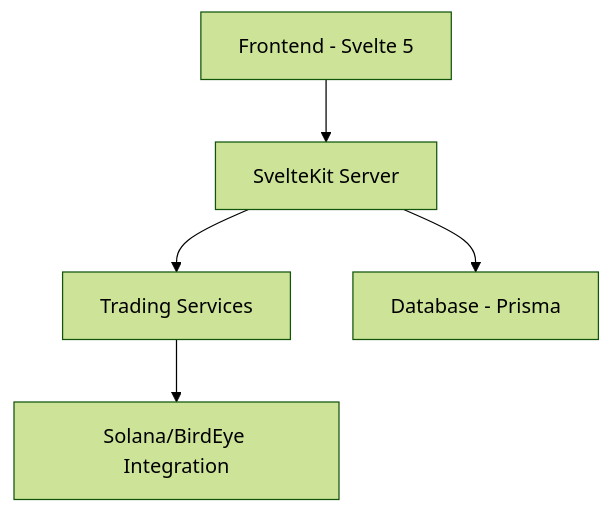
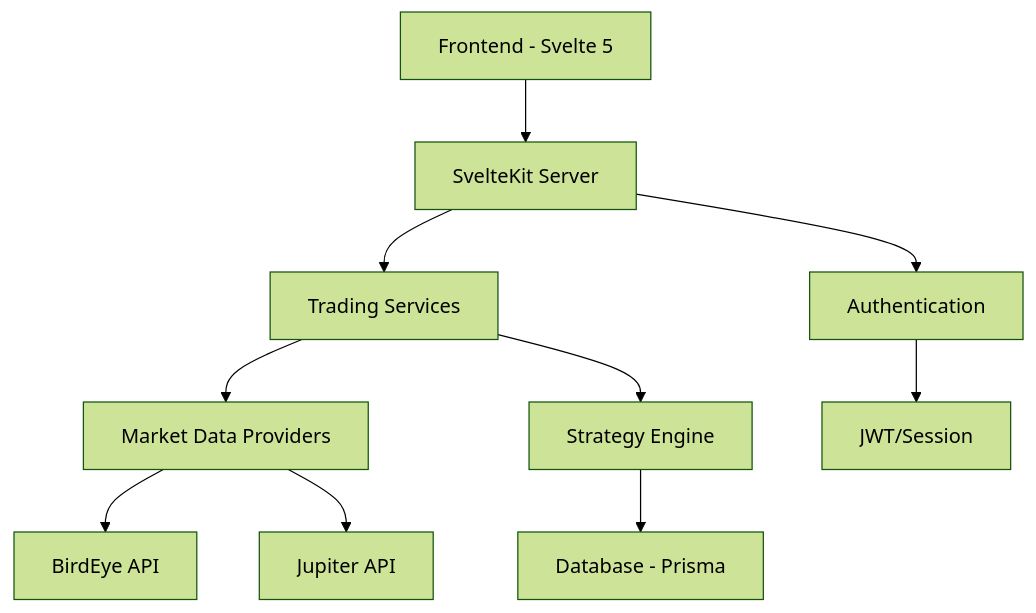
The diagram in reference/DEVELOPER_GUIDE.md (KR34T1V/solana-bot), drawn with Mermaid (forest theme) before and after one commit. The commit also changed other lines of this file, not shown here.

````diff
--- a/reference/DEVELOPER_GUIDE.md
+++ b/reference/DEVELOPER_GUIDE.md
@@ -5,7 +5,12 @@
 ```mermaid
 graph TD
     A[Frontend - Svelte 5] --> B[SvelteKit Server]
     B --> C[Trading Services]
-    C --> D[Solana/BirdEye Integration]
-    B --> E[Database - Prisma]
+    C --> D[Market Data Providers]
+    D --> E[BirdEye API]
+    D --> F[Jupiter API]
+    C --> G[Strategy Engine]
+    G --> H[Database - Prisma]
+    B --> I[Authentication]
+    I --> J[JWT/Session]
 ```
````
